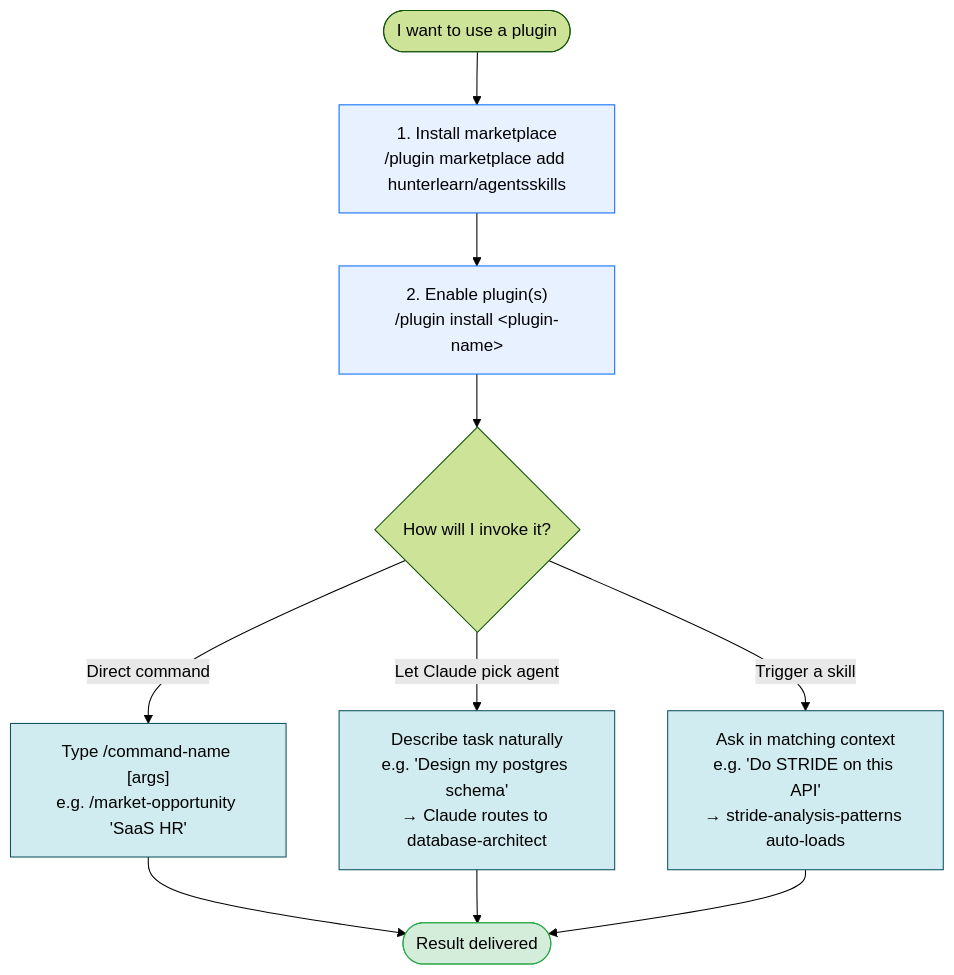
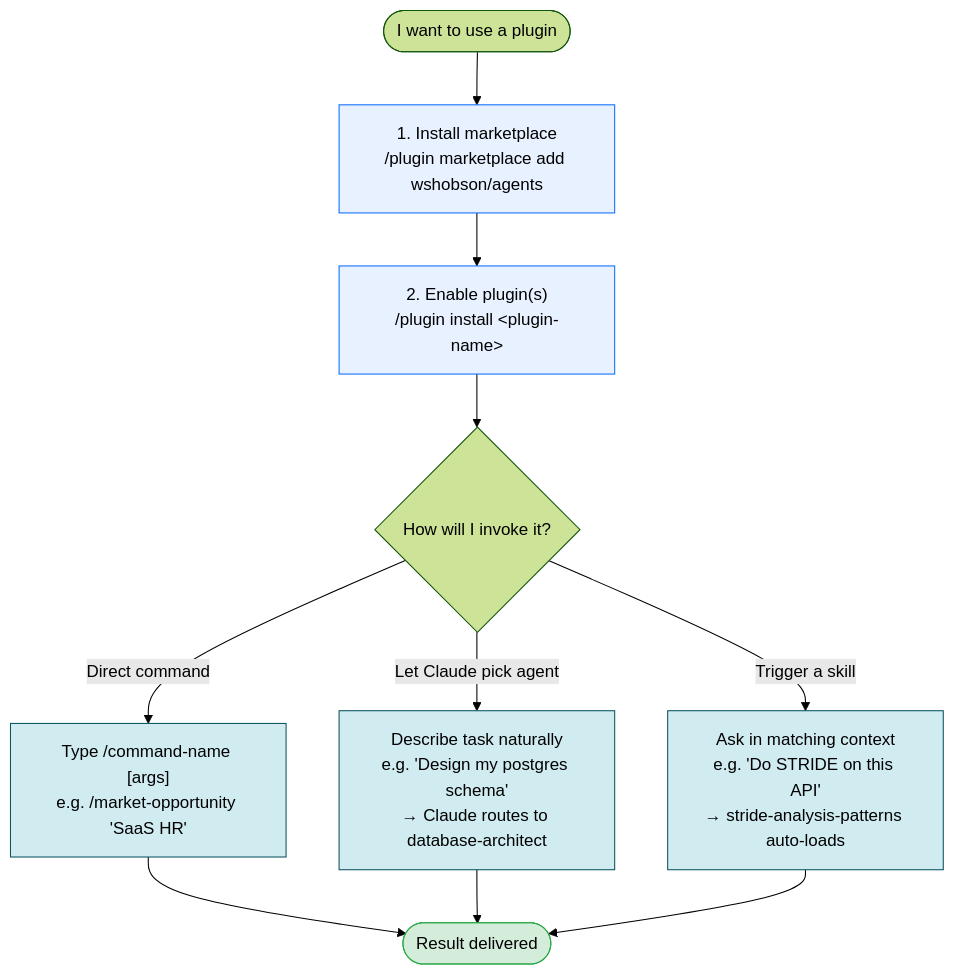
One commit to HunterLearn/agentsSkills changed the seventh of 8 diagrams in docs/visual-overview.md. Above: the diagram before and after it, drawn with Mermaid (forest theme). The commit also changed other lines of this file, not shown here.

````diff
--- a/docs/visual-overview.md
+++ b/docs/visual-overview.md
@@ -237,22 +247,22 @@
 ```mermaid
 flowchart TB
     Start(["I want to use a plugin"]) --> Install
-    Install["1. Install marketplace<br/>/plugin marketplace add hunterlearn/agentsskills"] --> Enable
+    Install["1. Install marketplace<br/>/plugin marketplace add wshobson/agents"] --> Enable
     Enable["2. Enable plugin(s)<br/>/plugin install &lt;plugin-name&gt;"] --> Browse
     Browse{"How will I invoke it?"}
 
     Browse -->|"Direct command"| Cmd["Type /command-name [args]<br/>e.g. /market-opportunity 'SaaS HR'"]
     Browse -->|"Let Claude pick agent"| Agent["Describe task naturally<br/>e.g. 'Design my postgres schema'<br/>→ Claude routes to database-architect"]
     Browse -->|"Trigger a skill"| Skill["Ask in matching context<br/>e.g. 'Do STRIDE on this API'<br/>→ stride-analysis-patterns auto-loads"]
 
     Cmd --> Result(["Result delivered"])
     Agent --> Result
     Skill --> Result
 
     classDef start fill:#e7f1ff,stroke:#0d6efd,color:#000
     classDef invoke fill:#d1ecf1,stroke:#0c5460,color:#000
     classDef done fill:#d4edda,stroke:#28a745,color:#000
     class Install,Enable start
     class Cmd,Agent,Skill invoke
     class Result done
 ```
````
